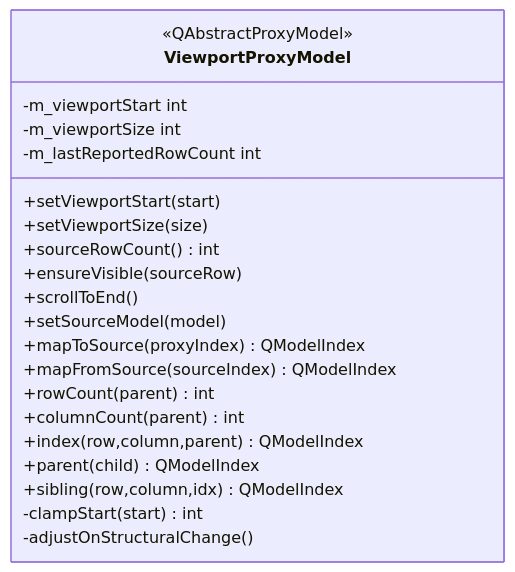
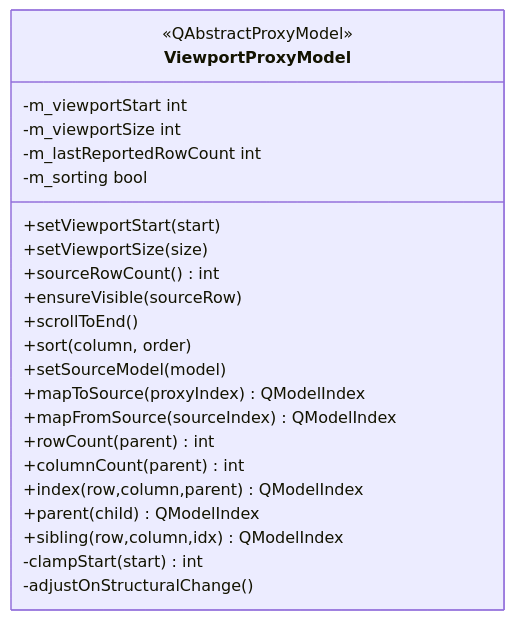
The third of 6 diagrams in .qoder/repowiki/zh/content/核心模块详解/视口代理模型.md (jakecai1225-design/OpenBus), drawn with Mermaid before and after one commit. The commit also changed other lines of this file and 18 other files, not shown here.

````diff
--- a/.qoder/repowiki/zh/content/核心模块详解/视口代理模型.md
+++ b/.qoder/repowiki/zh/content/核心模块详解/视口代理模型.md
@@ -123,24 +130,26 @@
 ```mermaid
 classDiagram
 class ViewportProxyModel {
 +setViewportStart(start)
 +setViewportSize(size)
 +sourceRowCount() int
 +ensureVisible(sourceRow)
 +scrollToEnd()
++sort(column, order)
 +setSourceModel(model)
 +mapToSource(proxyIndex) QModelIndex
 +mapFromSource(sourceIndex) QModelIndex
 +rowCount(parent) int
 +columnCount(parent) int
 +index(row,column,parent) QModelIndex
 +parent(child) QModelIndex
 +sibling(row,column,idx) QModelIndex
 -m_viewportStart int
 -m_viewportSize int
 -m_lastReportedRowCount int
+-m_sorting bool
 -clampStart(start) int
 -adjustOnStructuralChange()
 <<QAbstractProxyModel>>
 }
 ```
````
